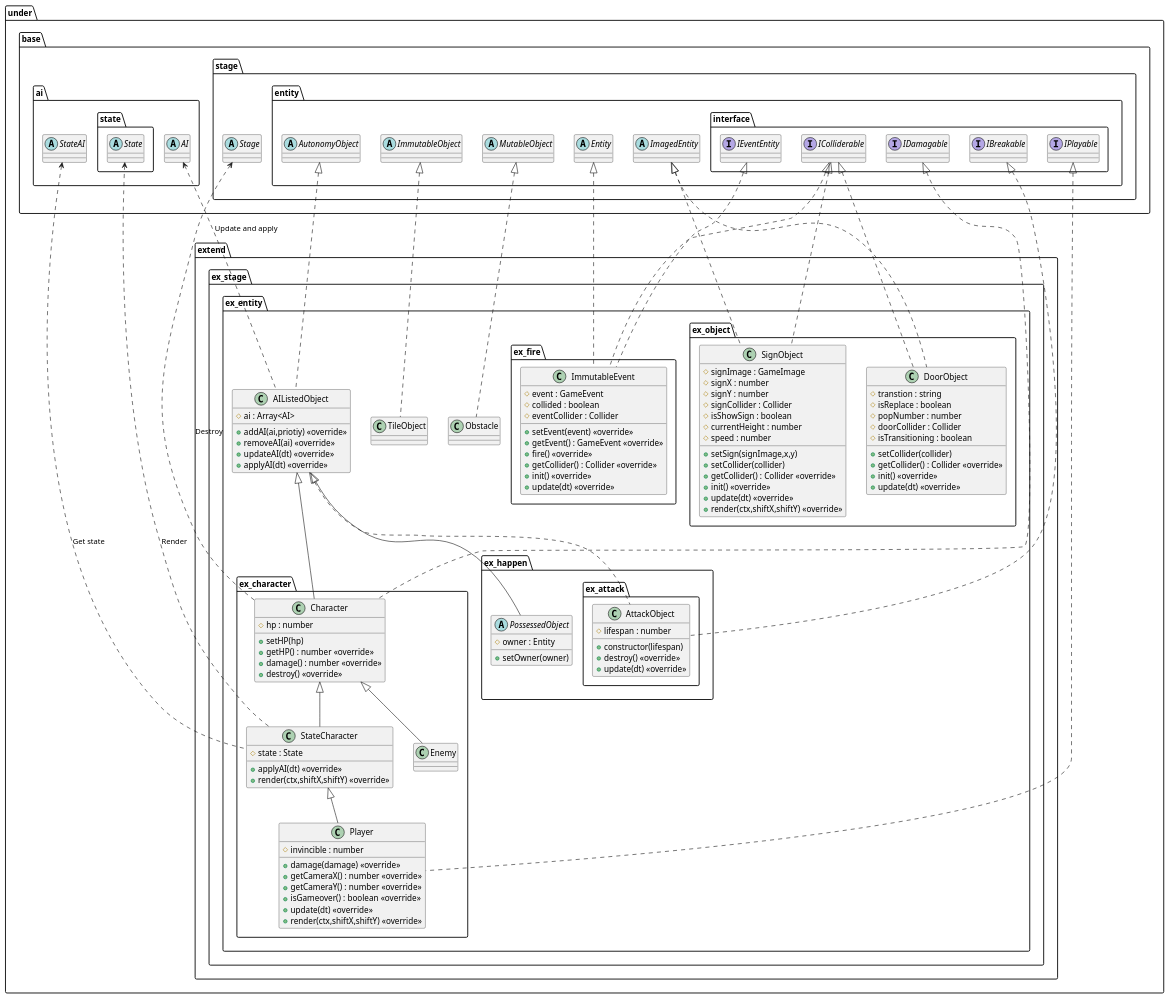
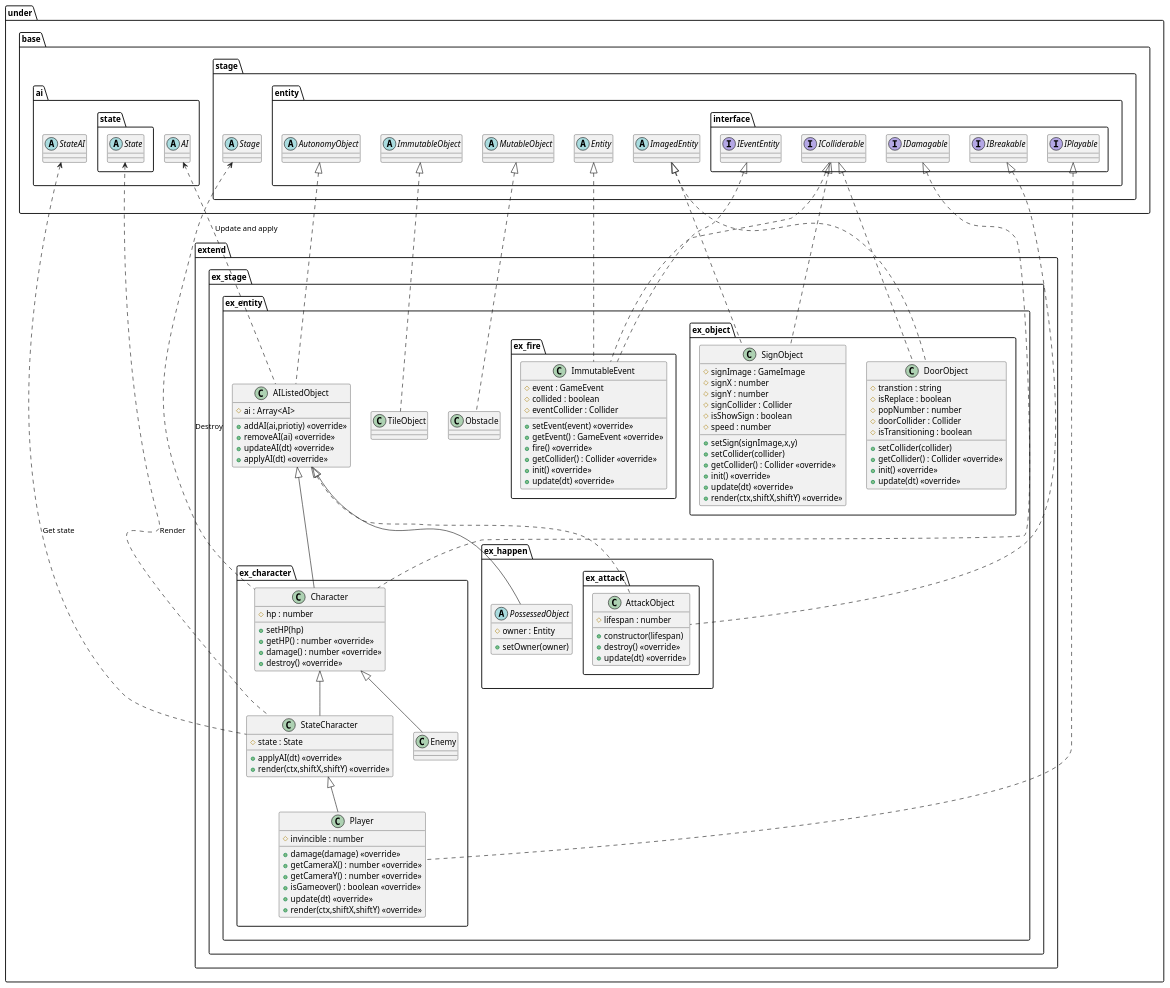
One commit to Expine/Under changed the diagram in uml/entity/Extend.wsd. Above: the diagram before and after it, drawn with PlantUML. The commit also changed 3 other files, not shown here.

```diff
--- a/uml/entity/Extend.wsd
+++ b/uml/entity/Extend.wsd
@@ -1,157 +1,156 @@
 @startuml EntityExtend
 package under {
     package extend {
         package ex_stage {
             package ex_entity {
                 class TileObject
                 class Obstacle
                 class AIListedObject {
                     #ai : Array<AI>
                     +addAI(ai,priotiy) <<override>>
                     +removeAI(ai) <<override>>
                     +updateAI(dt) <<override>>
                     +applyAI(dt) <<override>>
                 }
                 package ex_character {
                     class Character {
                         #hp : number
                         +setHP(hp)
                         +getHP() : number <<override>>
                         +damage() : number <<override>>
                         +destroy() <<override>>
                     }
                     class StateCharacter {
                         #state : State
                         +applyAI(dt) <<override>>
                         +render(ctx,shiftX,shiftY) <<override>>
                     }
                     class Enemy
                     class Player {
                         #invincible : number
                         +damage(damage) <<override>>
                         +getCameraX() : number <<override>>
                         +getCameraY() : number <<override>>
                         +isGameover() : boolean <<override>>
                         +update(dt) <<override>>
                         +render(ctx,shiftX,shiftY) <<override>>
                     }
                 }
                 package ex_fire {
                     class ImmutableEvent {
                         #event : GameEvent
                         #collided : boolean
                         #eventCollider : Collider
                         +setEvent(event) <<override>>
                         +getEvent() : GameEvent <<override>>
                         +fire() <<override>>
                         +getCollider() : Collider <<override>>
                         +init() <<override>>
                         +update(dt) <<override>>
                     }
                 }
                 package ex_happen {
                     package ex_attack {
                         class AttackObject {
                             +constructor(lifespan)
                             #lifespan : number
                             +destroy() <<override>>
                             +update(dt) <<override>>
                         }
                     }
                     abstract PossessedObject {
                         #owner : Entity
                         +setOwner(owner)
                     }
                 }
                 package ex_object {
                     class DoorObject {
                         #transtion : string
                         #isReplace : boolean
                         #popNumber : number
                         #doorCollider : Collider
                         #isTransitioning : boolean
                         +setCollider(collider)
                         +getCollider() : Collider <<override>>
                         +init() <<override>>
                         +update(dt) <<override>>
                     }
                     class SignObject {
                         #signImage : GameImage
                         #signX : number
                         #signY : number
                         #signCollider : Collider
                         #isShowSign : boolean
-                        #currentHeight : number
                         #speed : number
                         +setSign(signImage,x,y)
                         +setCollider(collider)
                         +getCollider() : Collider <<override>>
                         +init() <<override>>
                         +update(dt) <<override>>
                         +render(ctx,shiftX,shiftY) <<override>>
                     }
                 }
             }
         }
     }
 }
 
 package under {
     package base {
         package ai {
             abstract AI
             abstract StateAI
             package state {
                 abstract State
             }
         }
         package stage {
             abstract Stage
             package entity {
                 abstract Entity
                 abstract ImagedEntity
                 abstract ImmutableObject
                 abstract MutableObject
                 abstract AutonomyObject
                 package interface {
                     interface IDamagable
                     interface IBreakable
                     interface IPlayable
                     interface IEventEntity
                     interface IColliderable
                 }
             }
         }
     }
 }
 
 AI <.. AIListedObject : Update and apply
 Stage <.. Character : Destroy
 StateAI <.. StateCharacter : Get state
 State <.. StateCharacter : Render
 
 ImmutableObject <|.. TileObject
 MutableObject <|.. Obstacle
 AutonomyObject <|.. AIListedObject
 
 AIListedObject <|-- Character
 IDamagable <|.. Character
 Character <|-- StateCharacter
 StateCharacter <|-- Player
 IPlayable <|.. Player
 Character <|-- Enemy
 
 Entity <|.. ImmutableEvent
 IEventEntity <|.. ImmutableEvent
 IColliderable <|.. ImmutableEvent
 
 AIListedObject <|-- PossessedObject
 AIListedObject <|.. AttackObject
 IBreakable <|.. AttackObject
 
 ImagedEntity <|.. DoorObject
 IColliderable <|.. DoorObject
 ImagedEntity <|.. SignObject
 IColliderable <|.. SignObject
 
 @enduml
```
